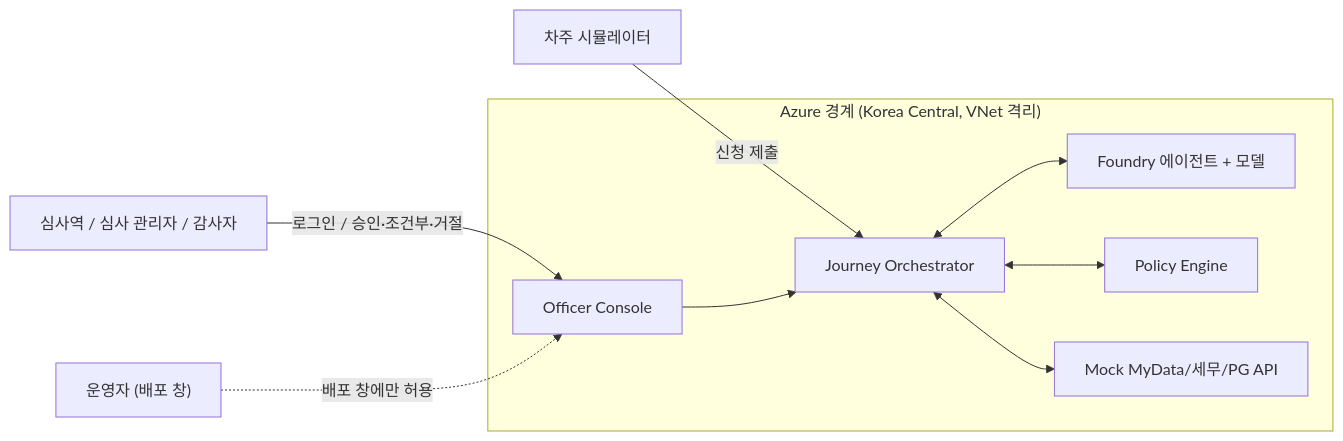
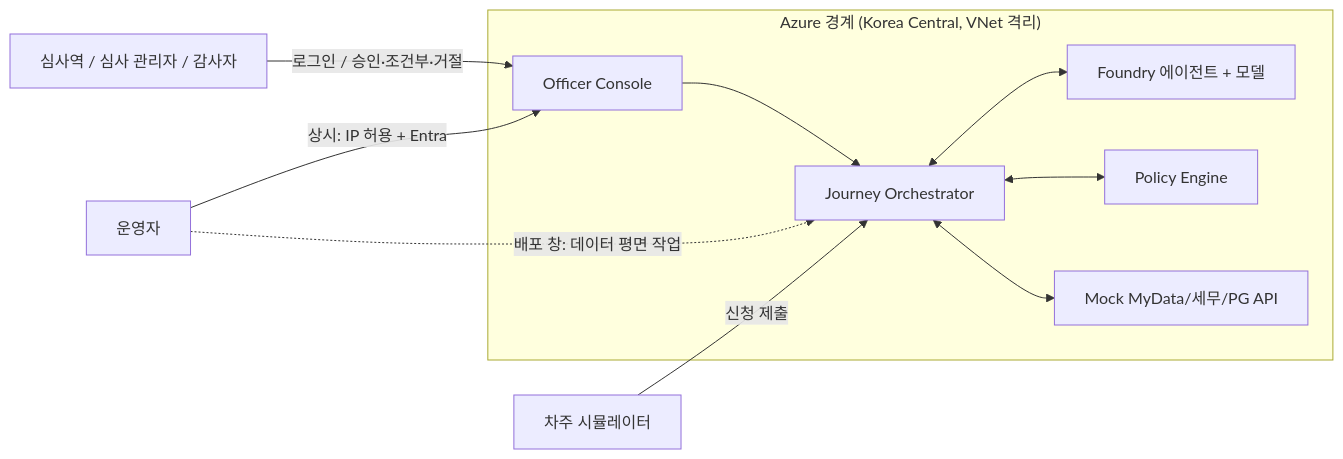
The first of 5 diagrams in docs/architecture.md (freeman9844/ms-ama-04), drawn with Mermaid before and after one commit. The commit also changed other lines of this file and 1 other file, not shown here.

First line of the commit message:
docs(p6c): correct architecture facts from review

````diff
--- a/docs/architecture.md
+++ b/docs/architecture.md
@@ -11,20 +11,21 @@
 ```mermaid
 flowchart LR
   borrower["차주 시뮬레이터"]
   officer["심사역 / 심사 관리자 / 감사자"]
-  operator["운영자 (배포 창)"]
+  operator["운영자"]
   subgraph azure["Azure 경계 (Korea Central, VNet 격리)"]
     console["Officer Console"]
     orch["Journey Orchestrator"]
     foundry["Foundry 에이전트 + 모델"]
     policy["Policy Engine"]
     mock["Mock MyData/세무/PG API"]
   end
   borrower -->|신청 제출| orch
   officer -->|로그인 / 승인·조건부·거절| console
-  operator -.->|배포 창에만 허용| console
+  operator -->|상시: IP 허용 + Entra| console
+  operator -.->|배포 창: 데이터 평면 작업| orch
   console --> orch
   orch <--> foundry
   orch <--> policy
   orch <--> mock
 ```
````
